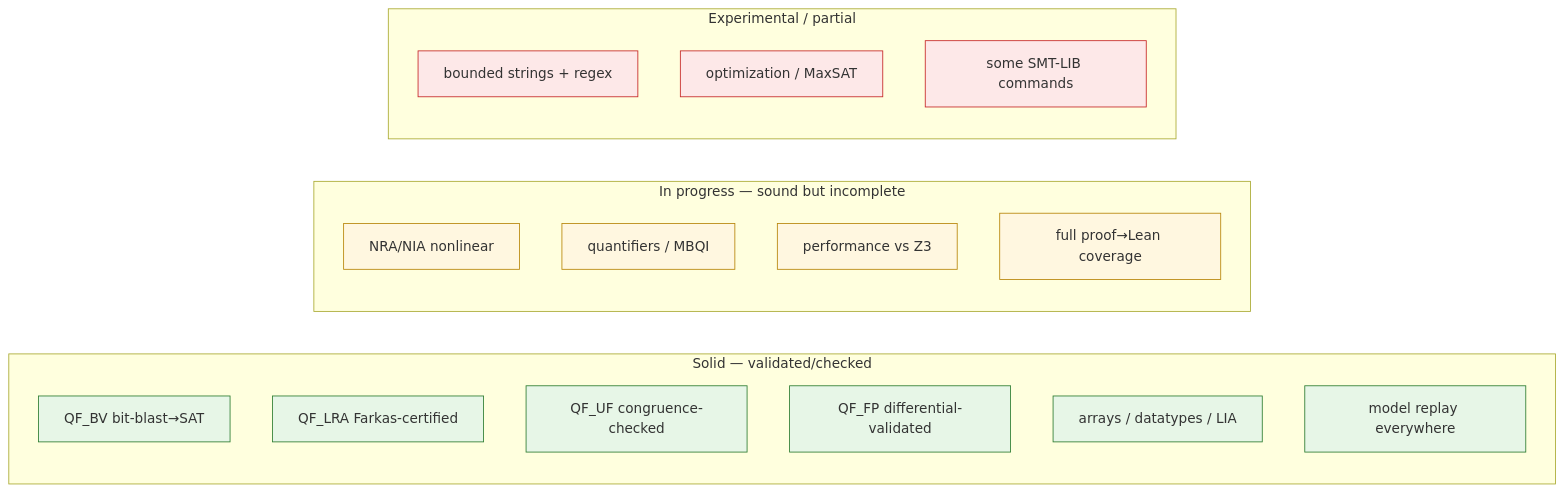
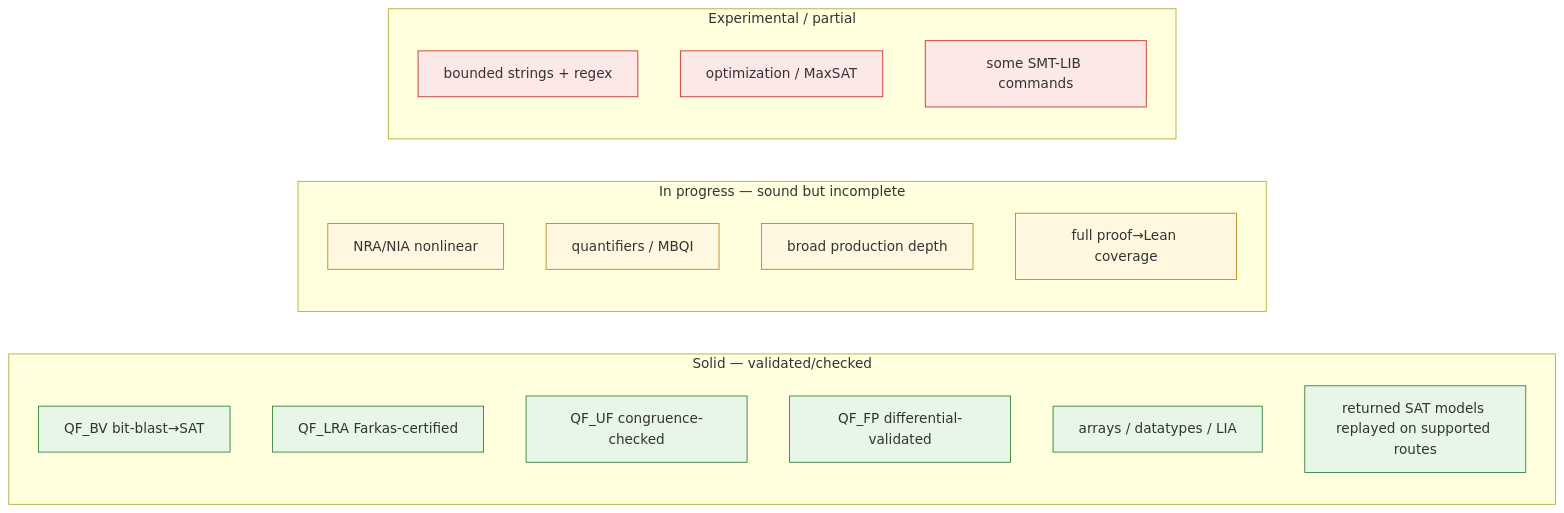
One commit to mjbommar/axeyum changed the diagram in docs/user-guide/limitations.md. Above: the diagram before and after it, drawn with Mermaid. The commit also changed other lines of this file and 11 other files, not shown here.

````diff
--- a/docs/user-guide/limitations.md
+++ b/docs/user-guide/limitations.md
@@ -18,28 +20,28 @@
 ```mermaid
 flowchart LR
     subgraph S["Solid — validated/checked"]
         s1[QF_BV bit-blast→SAT]
         s2[QF_LRA Farkas-certified]
         s3[QF_UF congruence-checked]
         s4[QF_FP differential-validated]
         s5[arrays / datatypes / LIA]
-        s6[model replay everywhere]
+        s6[returned SAT models replayed on supported routes]
     end
     subgraph P["In progress — sound but incomplete"]
         p1[NRA/NIA nonlinear]
         p2[quantifiers / MBQI]
-        p3[performance vs Z3]
+        p3[broad production depth]
         p4[full proof→Lean coverage]
     end
     subgraph X["Experimental / partial"]
         x1[bounded strings + regex]
         x2[optimization / MaxSAT]
         x3[some SMT-LIB commands]
     end
     classDef s fill:#e7f6e7,stroke:#2e7d32;
     classDef p fill:#fff7e0,stroke:#b8860b;
     classDef x fill:#fde8e8,stroke:#c62828;
     class s1,s2,s3,s4,s5,s6 s;
     class p1,p2,p3,p4 p;
     class x1,x2,x3 x;
 ```
````
